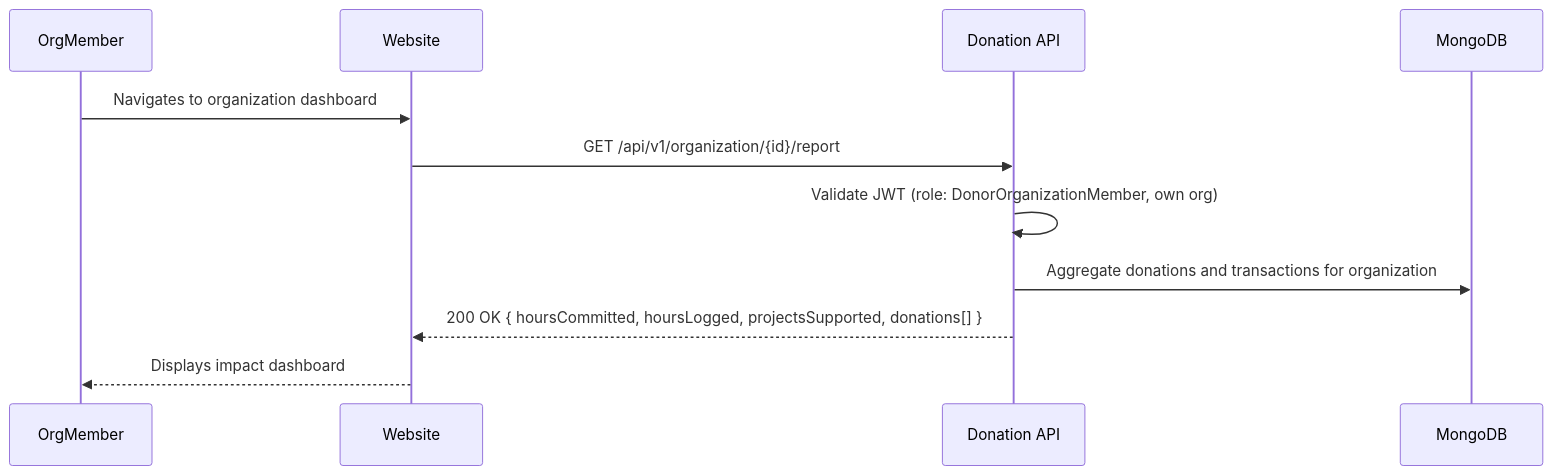
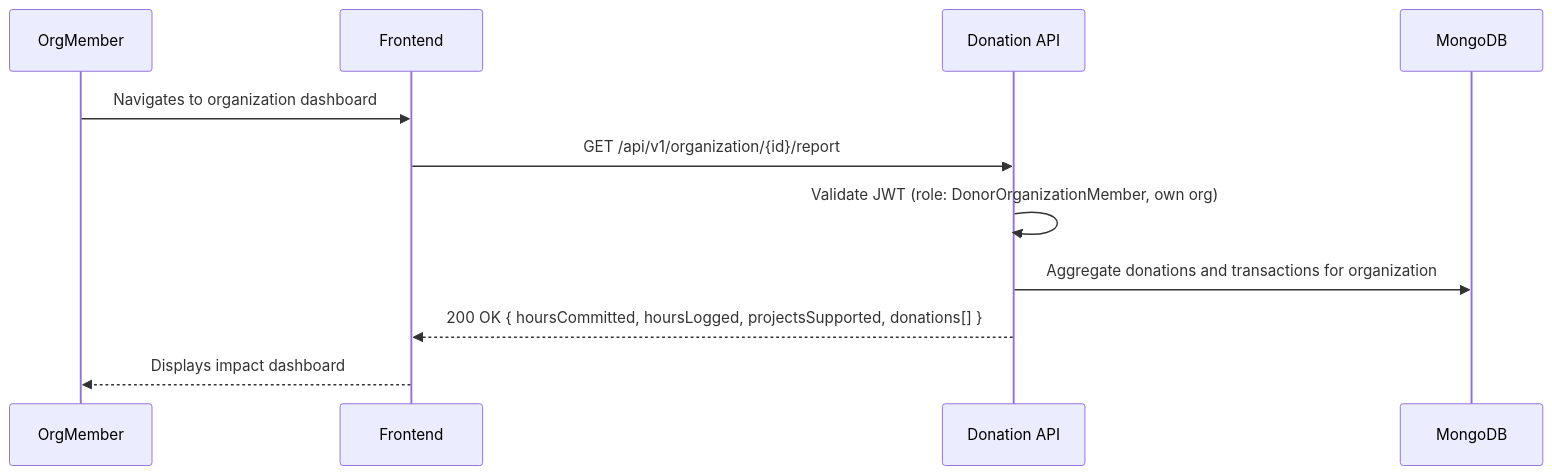
One commit to wouterfennis/TimeForCode changed the fifth of 6 diagrams in docs/donation/donation-sequence-diagrams.md. Above: the diagram before and after it, drawn with Mermaid. The commit also changed other lines of this file and 142 other files, not shown here.

````diff
--- a/docs/donation/donation-sequence-diagrams.md
+++ b/docs/donation/donation-sequence-diagrams.md
@@ -147,14 +147,14 @@
 ```mermaid
 sequenceDiagram
     participant OrgMember
-    participant Website
+    participant Frontend
     participant DonationAPI as Donation API
     participant MongoDB
 
-    OrgMember->>Website: Navigates to organization dashboard
-    Website->>DonationAPI: GET /api/v1/organization/{id}/report
+    OrgMember->>Frontend: Navigates to organization dashboard
+    Frontend->>DonationAPI: GET /api/v1/organization/{id}/report
     DonationAPI->>DonationAPI: Validate JWT (role: DonorOrganizationMember, own org)
     DonationAPI->>MongoDB: Aggregate donations and transactions for organization
-    DonationAPI-->>Website: 200 OK { hoursCommitted, hoursLogged, projectsSupported, donations[] }
-    Website-->>OrgMember: Displays impact dashboard
+    DonationAPI-->>Frontend: 200 OK { hoursCommitted, hoursLogged, projectsSupported, donations[] }
+    Frontend-->>OrgMember: Displays impact dashboard
 ```
````
